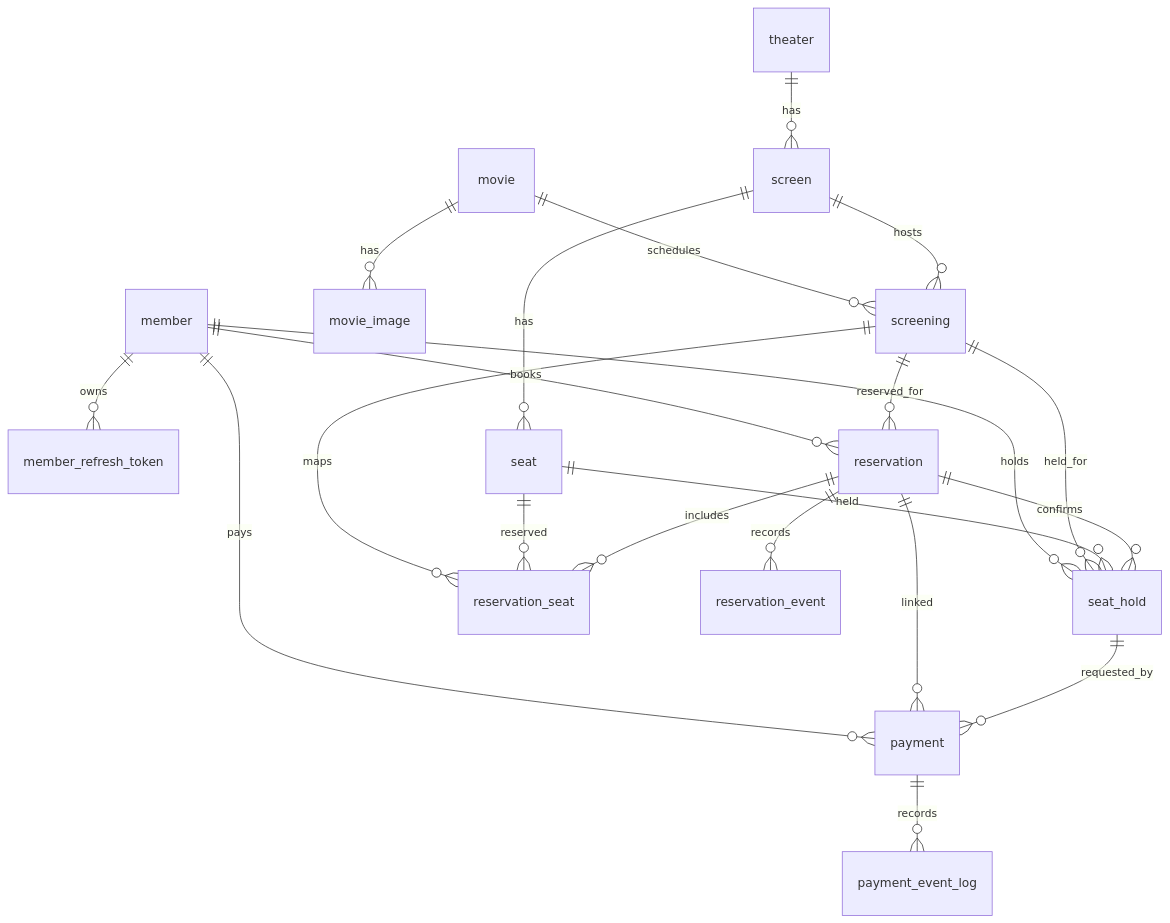
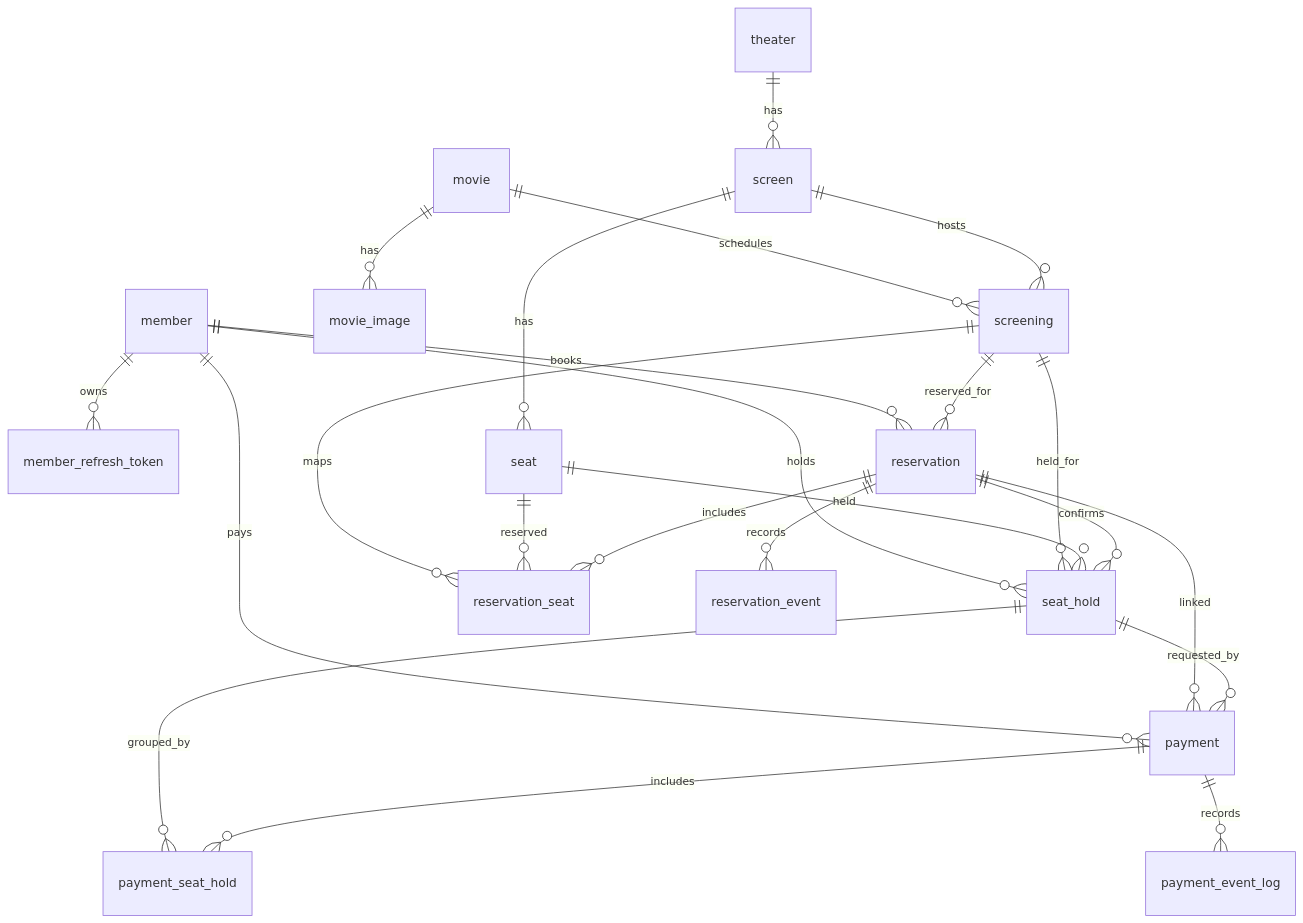
Before and after one commit to kangjuhyup/gc-project: the first of 2 diagrams in packages/service/docs/DATABASE.md, drawn with Mermaid. The commit also changed other lines of this file and 9 other files, not shown here.

````diff
--- a/packages/service/docs/DATABASE.md
+++ b/packages/service/docs/DATABASE.md
@@ -9,27 +9,29 @@
 ```mermaid
 erDiagram
   member ||--o{ member_refresh_token : owns
   member ||--o{ reservation : books
   member ||--o{ seat_hold : holds
   member ||--o{ payment : pays
 
   theater ||--o{ screen : has
   screen ||--o{ seat : has
   movie ||--o{ movie_image : has
   movie ||--o{ screening : schedules
   screen ||--o{ screening : hosts
 
   screening ||--o{ reservation : reserved_for
   screening ||--o{ seat_hold : held_for
   screening ||--o{ reservation_seat : maps
   seat ||--o{ seat_hold : held
   seat ||--o{ reservation_seat : reserved
 
   reservation ||--o{ reservation_seat : includes
   reservation ||--o{ reservation_event : records
   reservation ||--o{ seat_hold : confirms
   reservation ||--o{ payment : linked
 
   seat_hold ||--o{ payment : requested_by
+  seat_hold ||--o{ payment_seat_hold : grouped_by
+  payment ||--o{ payment_seat_hold : includes
   payment ||--o{ payment_event_log : records
 ```
````
